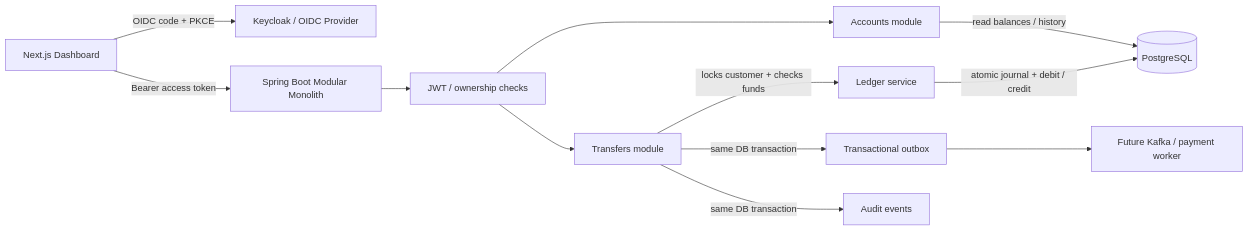
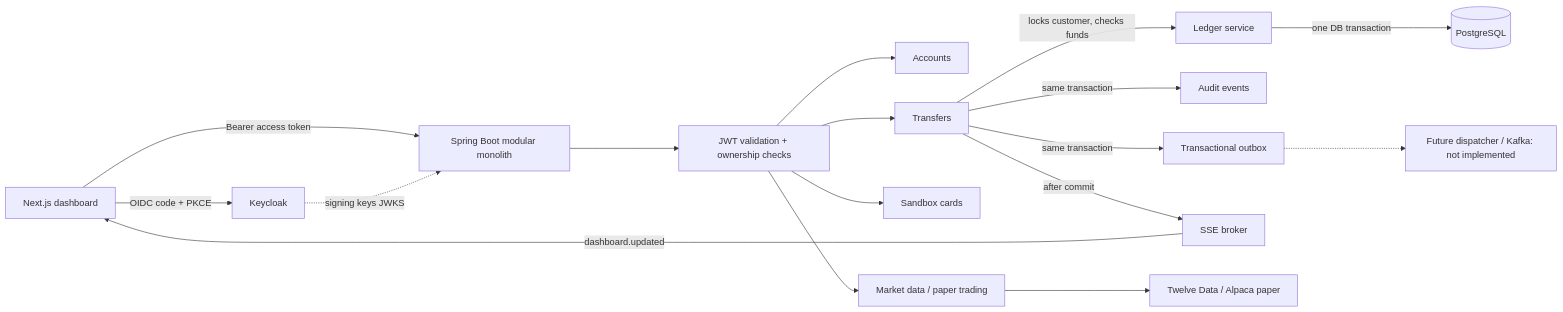
Before and after one commit to domwokorach/Core-Platform: the diagram in README.md, drawn with Mermaid. The commit also changed other lines of this file and 2 other files, not shown here.

Commit message:
docs: add FINIX dashboard and sign-in screenshots

````diff
--- a/README.md
+++ b/README.md
@@ -26,14 +53,19 @@
 ```mermaid
 flowchart LR
-    Browser[Next.js Dashboard] -->|OIDC code + PKCE| IdP[Keycloak / OIDC Provider]
-    Browser -->|Bearer access token| API[Spring Boot Modular Monolith]
-    API --> Security[JWT / ownership checks]
-    Security --> Accounts[Accounts module]
-    Security --> Transfers[Transfers module]
-    Transfers -->|locks customer + checks funds| Ledger[Ledger service]
-    Accounts -->|read balances / history| DB[(PostgreSQL)]
-    Ledger -->|atomic journal + debit / credit| DB
-    Transfers -->|same DB transaction| Outbox[Transactional outbox]
-    Transfers -->|same DB transaction| Audit[Audit events]
-    Outbox --> Worker[Future Kafka / payment worker]
+    Browser[Next.js dashboard] -->|OIDC code + PKCE| KC[Keycloak]
+    Browser -->|Bearer access token| API[Spring Boot modular monolith]
+    KC -. signing keys JWKS .-> API
+    API --> Sec[JWT validation + ownership checks]
+    Sec --> Accts[Accounts]
+    Sec --> Xfer[Transfers]
+    Sec --> Cards[Sandbox cards]
+    Sec --> Mkt[Market data / paper trading]
+    Xfer -->|locks customer, checks funds| Ledger[Ledger service]
+    Ledger -->|one DB transaction| DB[(PostgreSQL)]
+    Xfer -->|same transaction| Audit[Audit events]
+    Xfer -->|same transaction| Outbox[Transactional outbox]
+    Xfer -->|after commit| SSE[SSE broker]
+    SSE -->|dashboard.updated| Browser
+    Mkt --> Providers[Twelve Data / Alpaca paper]
+    Outbox -.-> Future[Future dispatcher / Kafka: not implemented]
 ```
````
